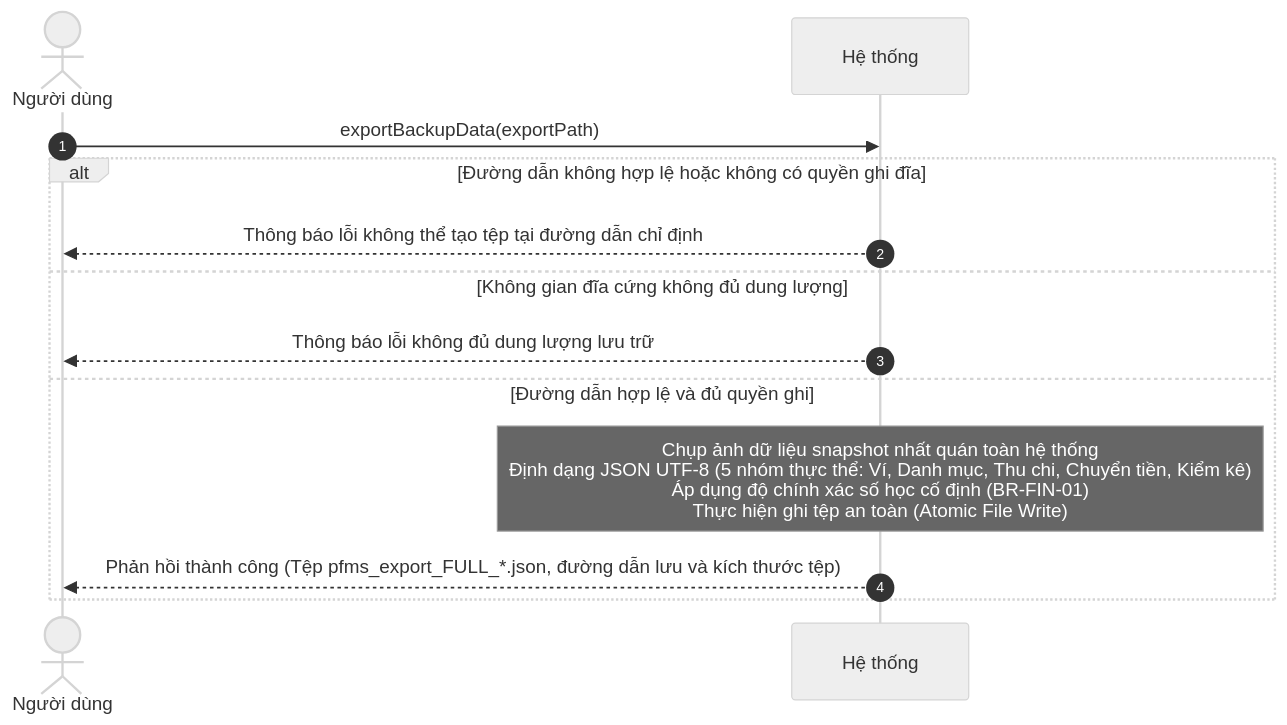
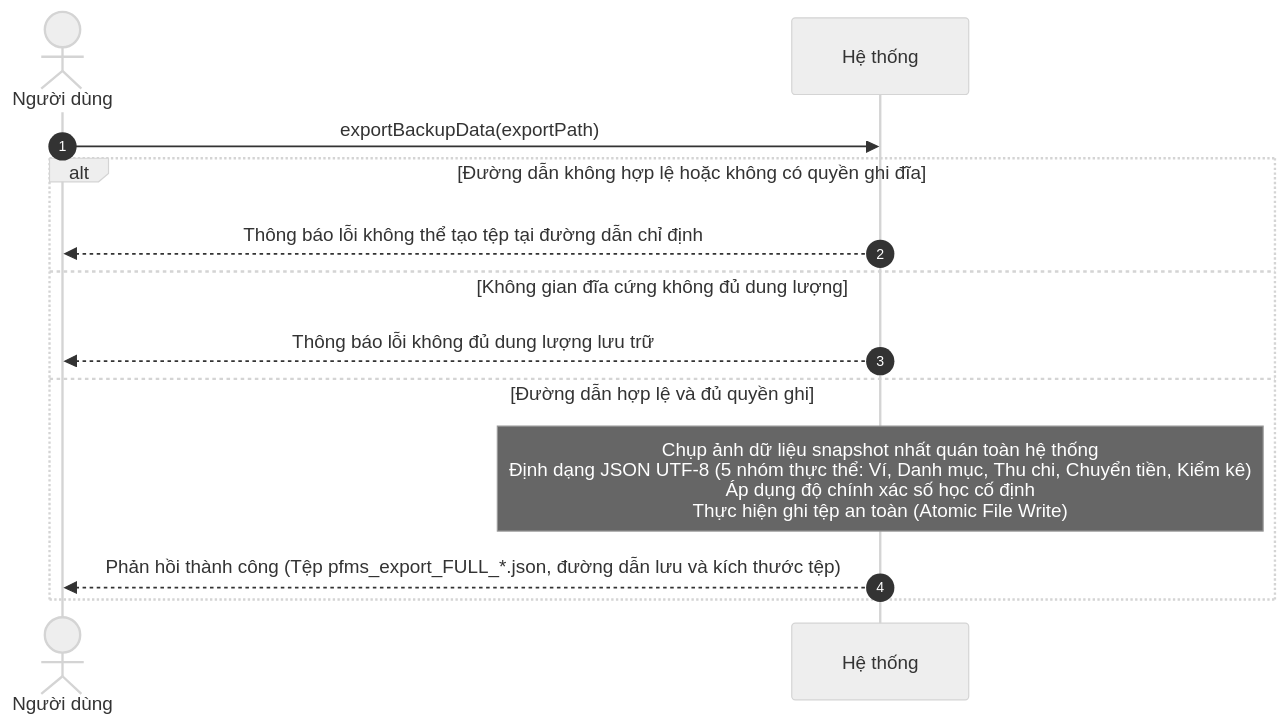
One commit to mynhleeh/pfms-oop changed the seventh of 9 diagrams in docs/object-oriented-analysis/03-so-do-tuan-tu-he-thong-ssd.md. Above: the diagram before and after it, drawn with Mermaid (neutral theme). The commit also changed other lines of this file and 1 other file, not shown here.

````diff
--- a/docs/object-oriented-analysis/03-so-do-tuan-tu-he-thong-ssd.md
+++ b/docs/object-oriented-analysis/03-so-do-tuan-tu-he-thong-ssd.md
@@ -513,16 +513,16 @@
 ```mermaid
 sequenceDiagram
     autonumber
     actor User as Người dùng
     participant System as Hệ thống
 
     User->>System: exportBackupData(exportPath)
     alt Đường dẫn không hợp lệ hoặc không có quyền ghi đĩa
         System-->>User: Thông báo lỗi không thể tạo tệp tại đường dẫn chỉ định
     else Không gian đĩa cứng không đủ dung lượng
         System-->>User: Thông báo lỗi không đủ dung lượng lưu trữ
     else Đường dẫn hợp lệ và đủ quyền ghi
-        Note over System: Chụp ảnh dữ liệu snapshot nhất quán toàn hệ thống<br/>Định dạng JSON UTF-8 (5 nhóm thực thể: Ví, Danh mục, Thu chi, Chuyển tiền, Kiểm kê)<br/>Áp dụng độ chính xác số học cố định (BR-FIN-01)<br/>Thực hiện ghi tệp an toàn (Atomic File Write)
+        Note over System: Chụp ảnh dữ liệu snapshot nhất quán toàn hệ thống<br/>Định dạng JSON UTF-8 (5 nhóm thực thể: Ví, Danh mục, Thu chi, Chuyển tiền, Kiểm kê)<br/>Áp dụng độ chính xác số học cố định<br/>Thực hiện ghi tệp an toàn (Atomic File Write)
         System-->>User: Phản hồi thành công (Tệp pfms_export_FULL_*.json, đường dẫn lưu và kích thước tệp)
     end
 ```
````
